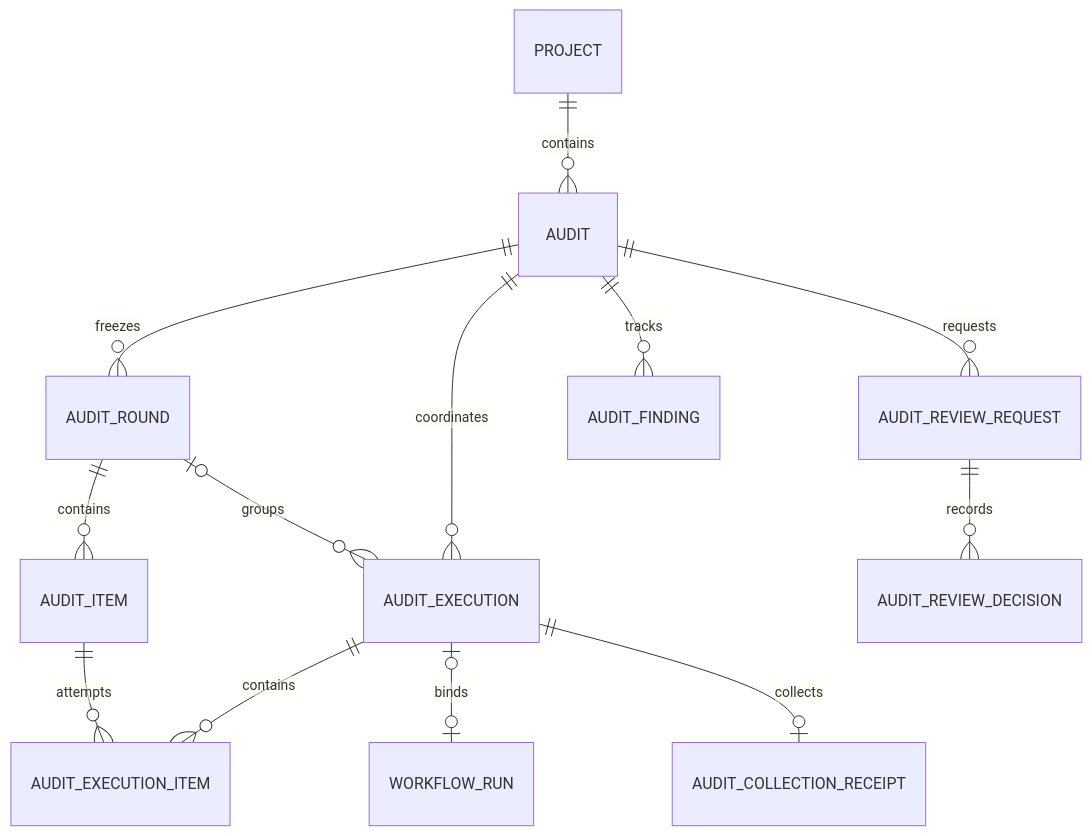
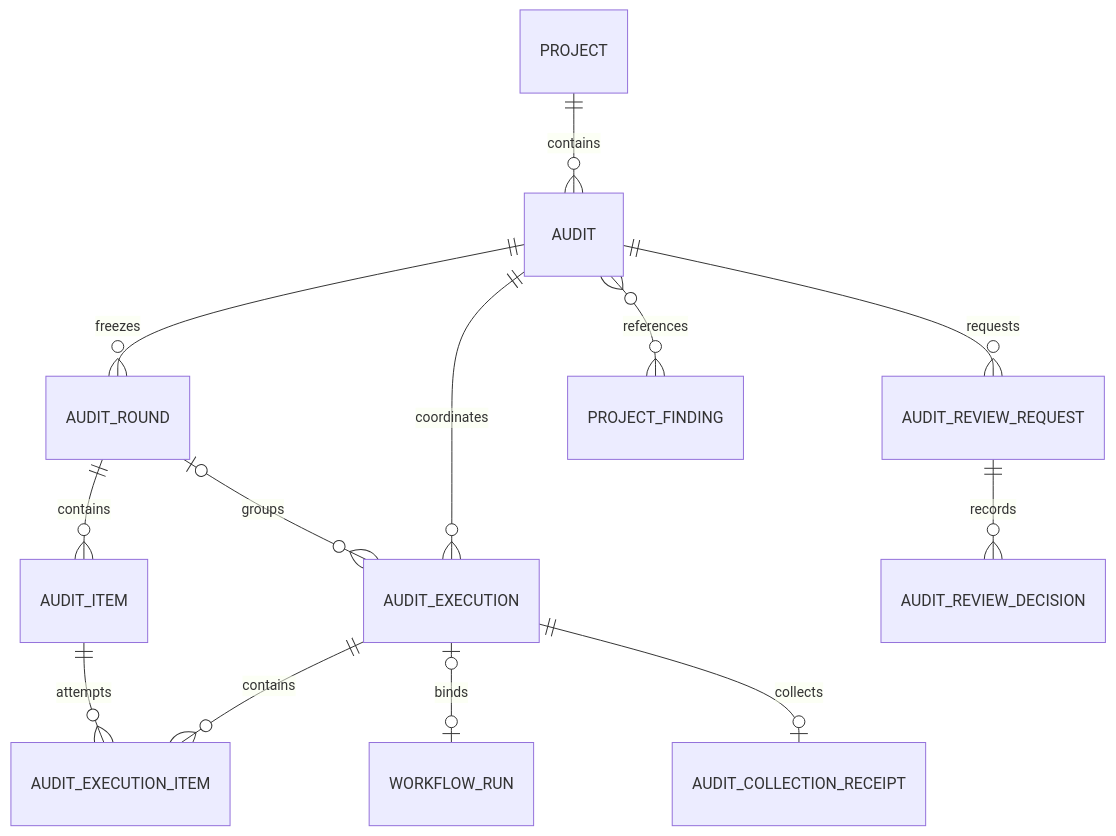
The second of 5 diagrams in docs/spec/audits/audits.md (grauwolf32/contractor), drawn with Mermaid before and after one commit. The commit also changed other lines of this file and 299 other files, not shown here.

````diff
--- a/docs/spec/audits/audits.md
+++ b/docs/spec/audits/audits.md
@@ -190,15 +190,15 @@
 ```mermaid
 erDiagram
   PROJECT ||--o{ AUDIT : contains
   AUDIT ||--o{ AUDIT_ROUND : freezes
   AUDIT_ROUND ||--o{ AUDIT_ITEM : contains
   AUDIT ||--o{ AUDIT_EXECUTION : coordinates
   AUDIT_ROUND o|--o{ AUDIT_EXECUTION : groups
   AUDIT_EXECUTION ||--o{ AUDIT_EXECUTION_ITEM : contains
   AUDIT_ITEM ||--o{ AUDIT_EXECUTION_ITEM : attempts
   AUDIT_EXECUTION o|--o| WORKFLOW_RUN : binds
   AUDIT_EXECUTION ||--o| AUDIT_COLLECTION_RECEIPT : collects
-  AUDIT ||--o{ AUDIT_FINDING : tracks
+  AUDIT }o--o{ PROJECT_FINDING : references
   AUDIT ||--o{ AUDIT_REVIEW_REQUEST : requests
   AUDIT_REVIEW_REQUEST ||--o{ AUDIT_REVIEW_DECISION : records
 ```
````
